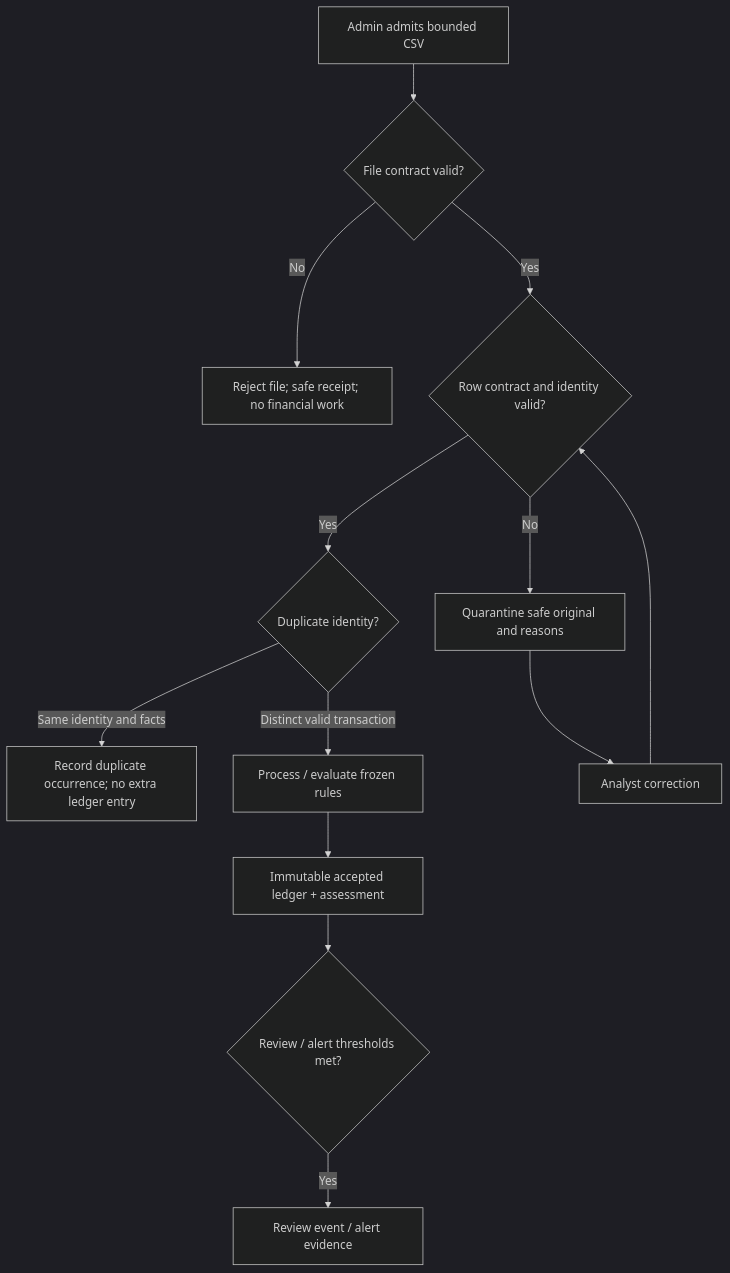
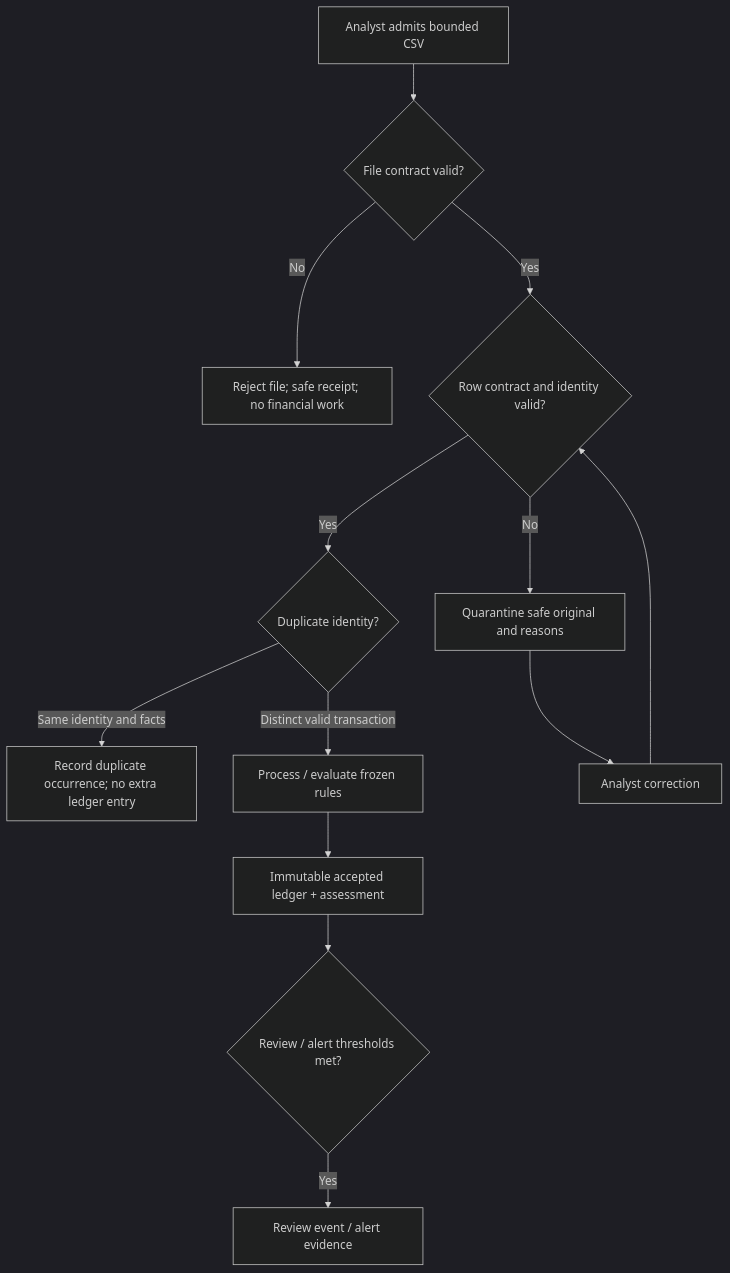
The second of 4 diagrams in docs/diagrams/release1-operating-model.md (Nompil/fintrust), drawn with Mermaid (dark theme) before and after one commit. The commit also changed 52 other files, not shown here.

````diff
--- a/docs/diagrams/release1-operating-model.md
+++ b/docs/diagrams/release1-operating-model.md
@@ -19,14 +19,14 @@
 ```mermaid
 flowchart TD
-  U["Admin admits bounded CSV"] --> F{"File contract valid?"}
+  U["Analyst admits bounded CSV"] --> F{"File contract valid?"}
   F -->|No| X["Reject file; safe receipt; no financial work"]
   F -->|Yes| R{"Row contract and identity valid?"}
   R -->|No| QC["Quarantine safe original and reasons"]
   R -->|Yes| DU{"Duplicate identity?"}
   DU -->|Same identity and facts| DP["Record duplicate occurrence; no extra ledger entry"]
   DU -->|Distinct valid transaction| SC["Process / evaluate frozen rules"]
   SC --> L["Immutable accepted ledger + assessment"]
   L --> HR{"Review / alert thresholds met?"}
   HR -->|Yes| RV["Review event / alert evidence"]
   QC --> C["Analyst correction"] --> R
 ```
````
